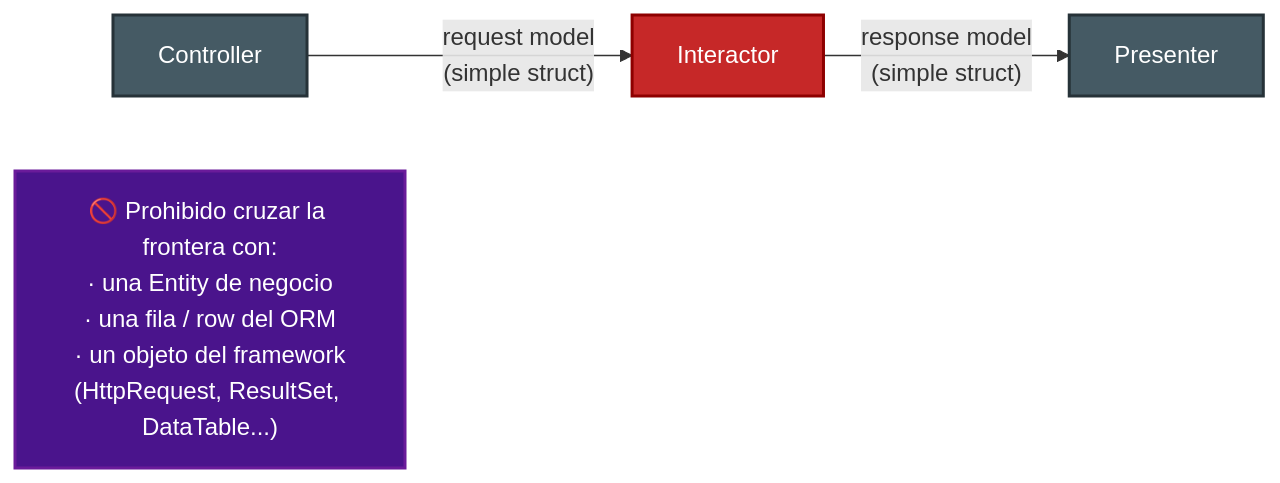
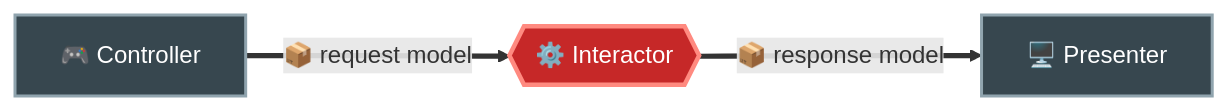
One commit to JavierMachucaA/clean-architecture-guia changed the first of 5 diagrams in 08-la-arquitectura-limpia/04-datos-que-cruzan-fronteras.md. Above: the diagram before and after it, drawn with Mermaid. The commit also changed other lines of this file and 45 other files, not shown here.

````diff
--- a/08-la-arquitectura-limpia/04-datos-que-cruzan-fronteras.md
+++ b/08-la-arquitectura-limpia/04-datos-que-cruzan-fronteras.md
@@ -9,12 +9,9 @@
 ```mermaid
 flowchart LR
-    CTRL["Controller"] -->|"request model<br/>(simple struct)"| INT["Interactor"]
-    INT -->|"response model<br/>(simple struct)"| PRES["Presenter"]
+    CTRL["🎮 Controller"] ==>|"📦 request model"| INT{{"⚙️ Interactor"}}
+    INT ==>|"📦 response model"| PRES["🖥️ Presenter"]
 
-    FORB["🚫 Prohibido cruzar la frontera con:<br/>· una Entity de negocio<br/>· una fila / row del ORM<br/>· un objeto del framework<br/>(HttpRequest, ResultSet, DataTable...)"]
-
-    style CTRL fill:#455a64,stroke:#263238,stroke-width:2px,color:#fff
-    style PRES fill:#455a64,stroke:#263238,stroke-width:2px,color:#fff
-    style INT fill:#c62828,stroke:#8e0000,stroke-width:2px,color:#fff
-    style FORB fill:#4a148c,stroke:#6a1b9a,stroke-width:2px,color:#fff
+    style CTRL fill:#37474f,stroke:#90a4ae,stroke-width:2px,color:#fff
+    style PRES fill:#37474f,stroke:#90a4ae,stroke-width:2px,color:#fff
+    style INT fill:#c62828,stroke:#ff8a80,stroke-width:3px,color:#fff
 ```
````
